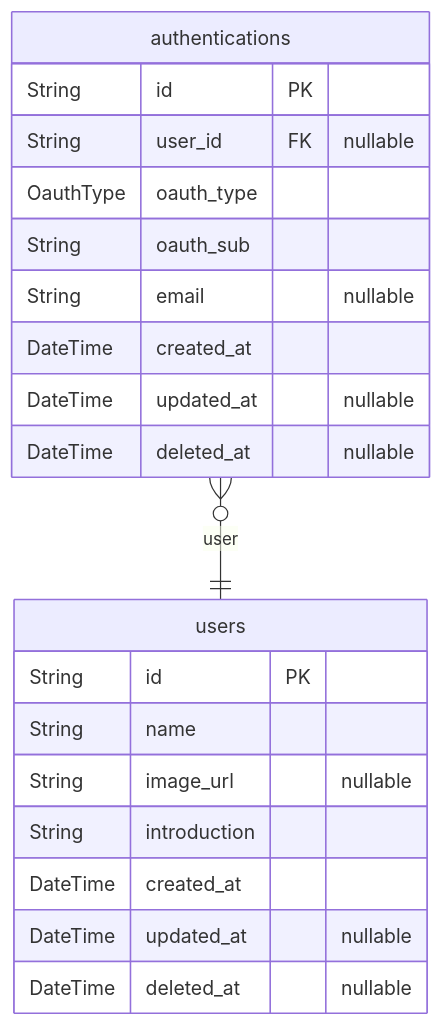
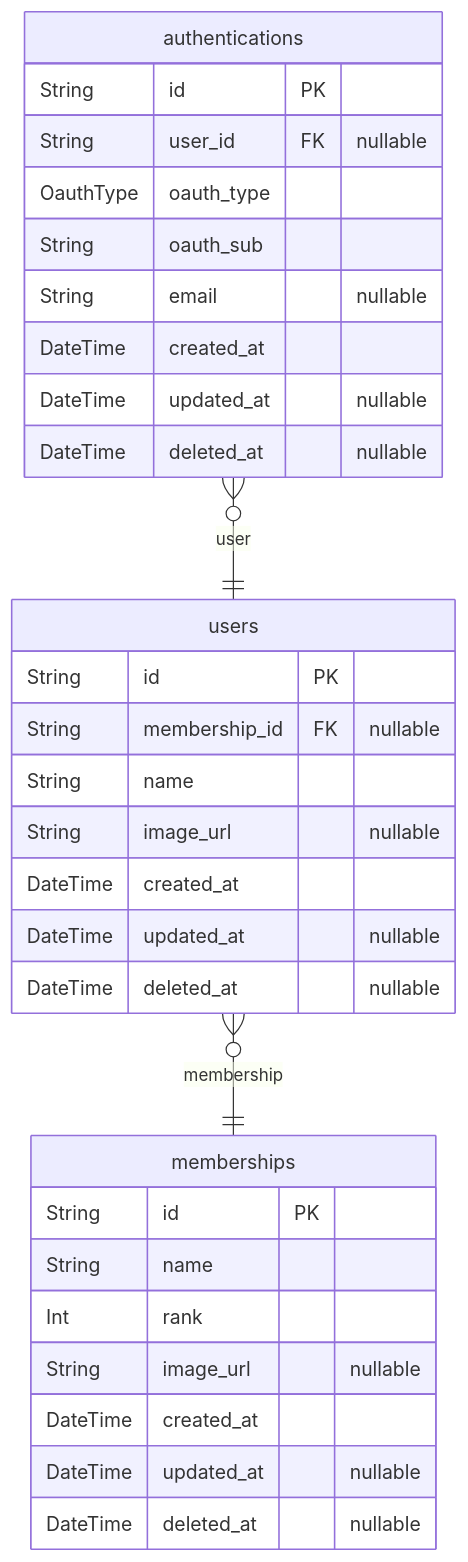
The fifth of 5 diagrams in ERD.md (rojiwon123/bbs), drawn with Mermaid before and after one commit. The commit also changed other lines of this file and 101 other files, not shown here.

````diff
--- a/ERD.md
+++ b/ERD.md
@@ -223,23 +951,33 @@
 ```mermaid
 erDiagram
-authentications {
+"memberships" {
+    String id PK
+    String name
+    Int rank
+    String image_url "nullable"
+    DateTime created_at
+    DateTime updated_at "nullable"
+    DateTime deleted_at "nullable"
+}
+"authentications" {
     String id PK
     String user_id FK "nullable"
     OauthType oauth_type
     String oauth_sub
     String email "nullable"
     DateTime created_at
     DateTime updated_at "nullable"
     DateTime deleted_at "nullable"
 }
-users {
+"users" {
     String id PK
+    String membership_id FK "nullable"
     String name
     String image_url "nullable"
-    String introduction
     DateTime created_at
     DateTime updated_at "nullable"
     DateTime deleted_at "nullable"
 }
-authentications }o--|| users : user
+"authentications" }o--|| "users" : user
+"users" }o--|| "memberships" : membership
 ```
````
